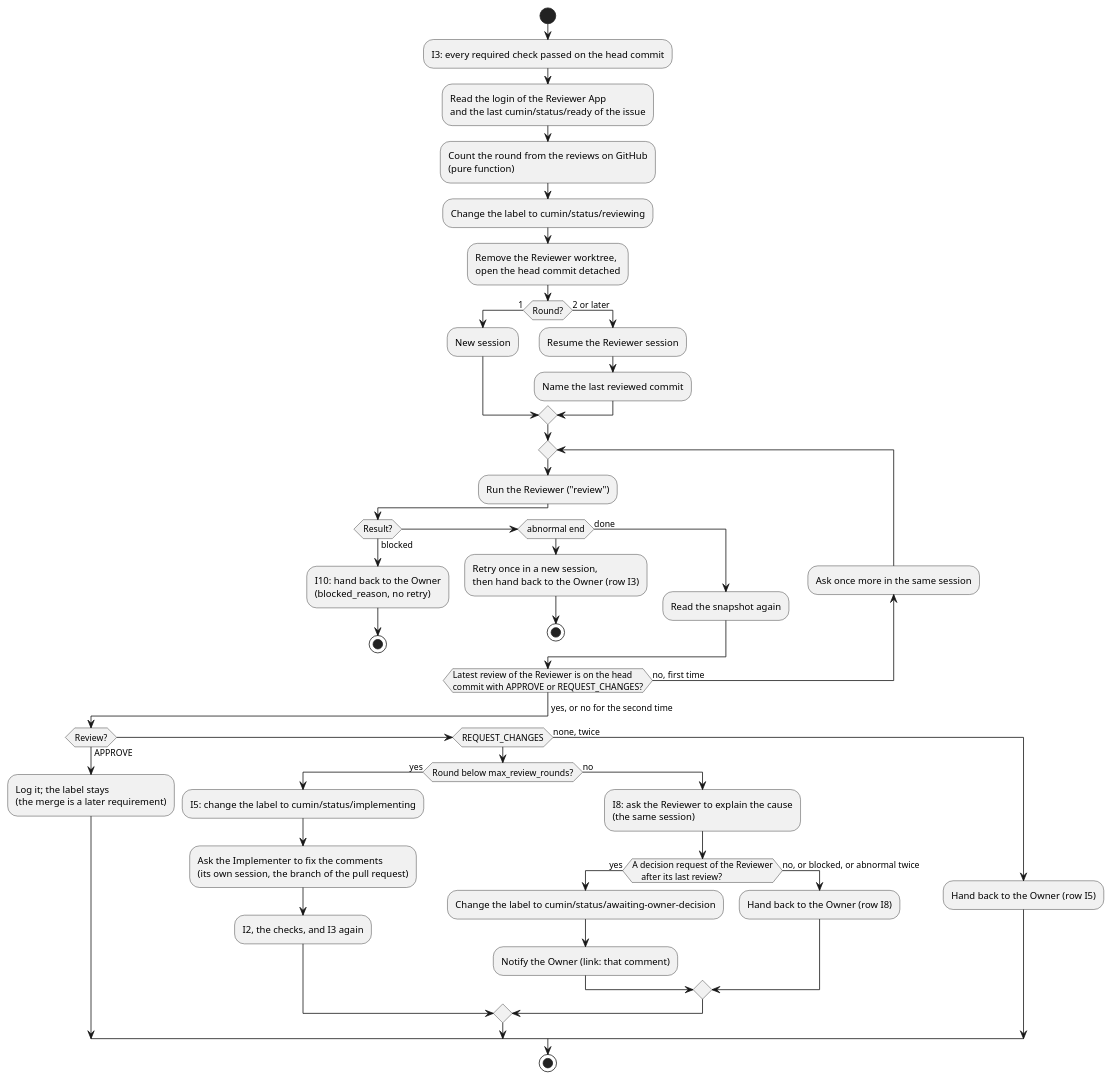
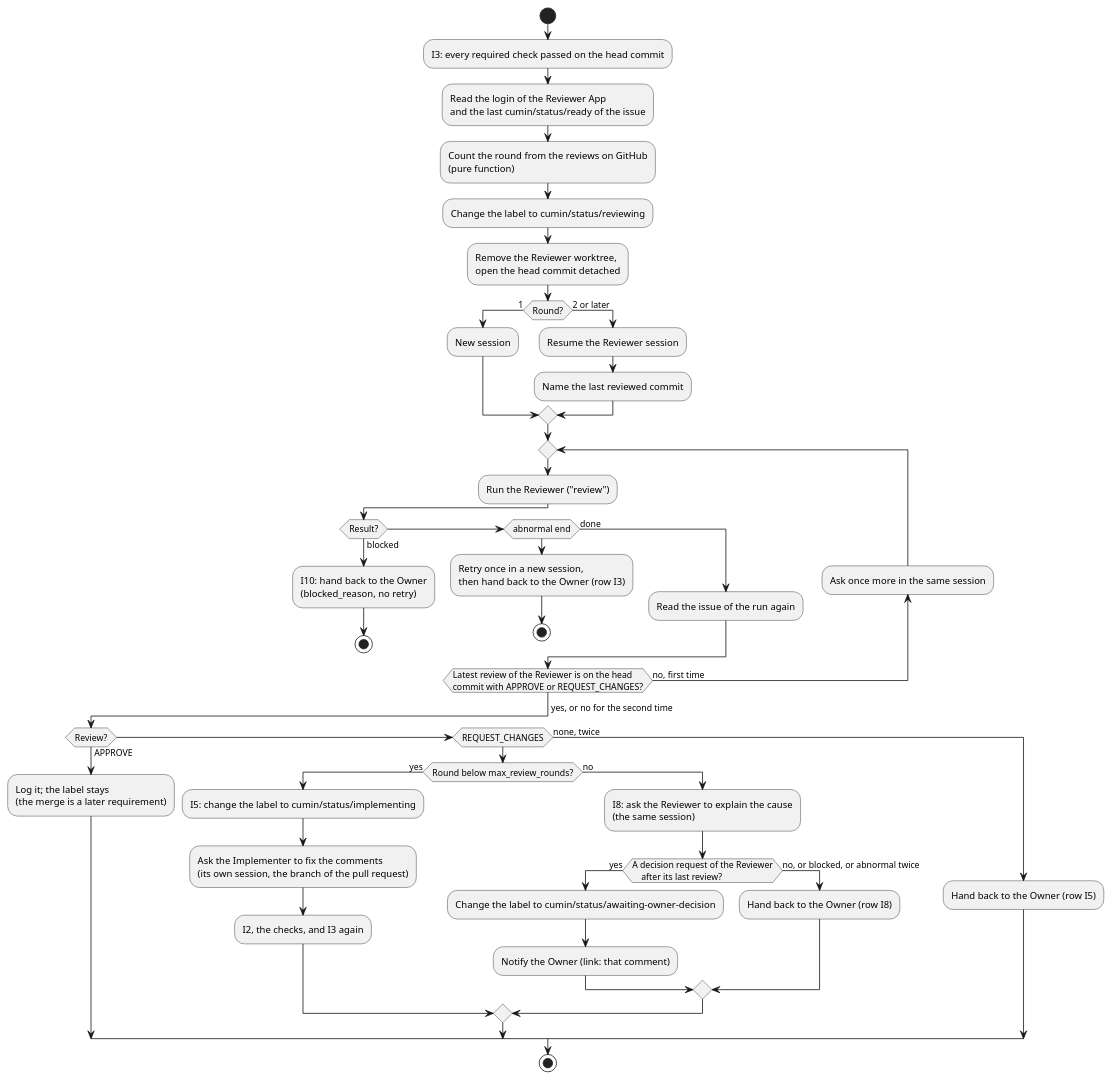
Before and after one commit to cloveclovedev/cumin-works: the diagram in docs/ja/designs/poll-review.puml, drawn with PlantUML. The commit also changed 19 other files, not shown here.

First line of the commit message:
feat(workflow): read only the issue of the run after an agent run (#434)

```diff
--- a/docs/ja/designs/poll-review.puml
+++ b/docs/ja/designs/poll-review.puml
@@ -1,64 +1,64 @@
 @startuml poll-review
 ' cumin works - the Reviewer request (I3), the check of its review after the run, I5, I8, and I10.
 ' Document: poll.md, section on the Reviewer request.
 ' Render: run scripts/render-diagrams.sh at the root of the repository.
 skinparam shadowing false
 skinparam defaultFontName sans-serif
 
 start
 :I3: every required check passed on the head commit;
 :Read the login of the Reviewer App
 and the last cumin/status/ready of the issue;
 :Count the round from the reviews on GitHub
 (pure function);
 :Change the label to cumin/status/reviewing;
 :Remove the Reviewer worktree,
 open the head commit detached;
 if (Round?) then (1)
   :New session;
 else (2 or later)
   :Resume the Reviewer session;
   :Name the last reviewed commit;
 endif
 repeat
   :Run the Reviewer ("review");
   if (Result?) then (blocked)
     :I10: hand back to the Owner
     (blocked_reason, no retry);
     stop
   elseif (abnormal end) then
     :Retry once in a new session,
     then hand back to the Owner (row I3);
     stop
   else (done)
-    :Read the snapshot again;
+    :Read the issue of the run again;
   endif
   backward:Ask once more in the same session;
 repeat while (Latest review of the Reviewer is on the head
 commit with APPROVE or REQUEST_CHANGES?) is (no, first time)
 ->yes, or no for the second time;
 if (Review?) then (APPROVE)
   :Log it; the label stays
   (the merge is a later requirement);
 elseif (REQUEST_CHANGES) then
   if (Round below max_review_rounds?) then (yes)
     :I5: change the label to cumin/status/implementing;
     :Ask the Implementer to fix the comments
     (its own session, the branch of the pull request);
     :I2, the checks, and I3 again;
   else (no)
     :I8: ask the Reviewer to explain the cause
     (the same session);
     if (A decision request of the Reviewer
     after its last review?) then (yes)
       :Change the label to cumin/status/awaiting-owner-decision;
       :Notify the Owner (link: that comment);
     else (no, or blocked, or abnormal twice)
       :Hand back to the Owner (row I8);
     endif
   endif
 else (none, twice)
   :Hand back to the Owner (row I5);
 endif
 stop
 @enduml
```
